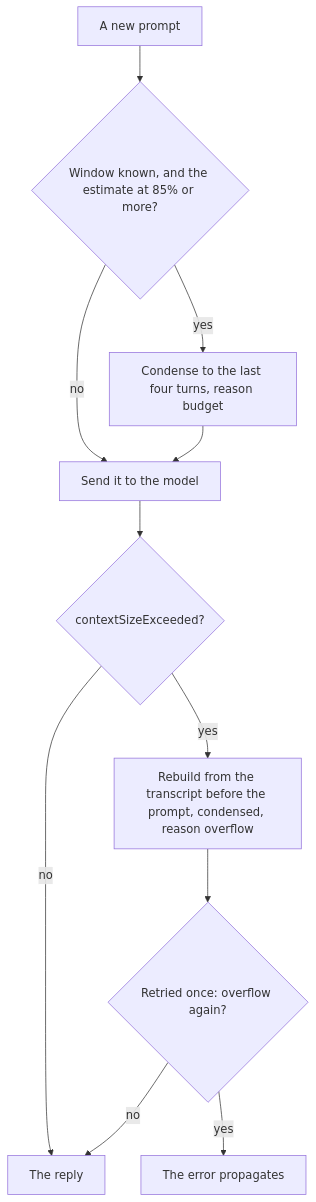
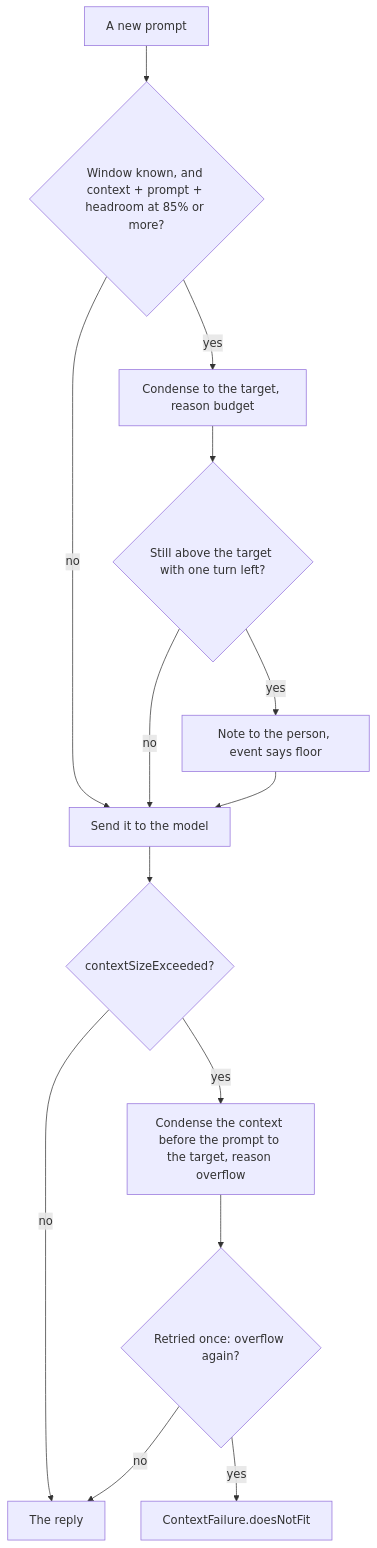
One commit to pidster/wisp changed the diagram in docs/context-management.md. Above: the diagram before and after it, drawn with Mermaid. The commit also changed other lines of this file and 27 other files, not shown here.

````diff
--- a/docs/context-management.md
+++ b/docs/context-management.md
@@ -564,13 +615,16 @@
 ```mermaid
 flowchart TD
-    prompt["A new prompt"] --> ahead{"Window known, and the estimate at 85% or more?"}
-    ahead -->|yes| budget["Condense to the last four turns, reason budget"]
+    prompt["A new prompt"] --> ahead{"Window known, and context + prompt + headroom at 85% or more?"}
+    ahead -->|yes| budget["Condense to the target, reason budget"]
     ahead -->|no| send["Send it to the model"]
-    budget --> send
+    budget --> floor{"Still above the target with one turn left?"}
+    floor -->|yes| note["Note to the person, event says floor"]
+    floor -->|no| send
+    note --> send
     send --> overflow{"contextSizeExceeded?"}
     overflow -->|no| reply["The reply"]
-    overflow -->|yes| rebuild["Rebuild from the transcript before the prompt, condensed, reason overflow"]
+    overflow -->|yes| rebuild["Condense the context before the prompt to the target, reason overflow"]
     rebuild --> retry{"Retried once: overflow again?"}
     retry -->|no| reply
-    retry -->|yes| error["The error propagates"]
+    retry -->|yes| error["ContextFailure.doesNotFit"]
 ```
````
